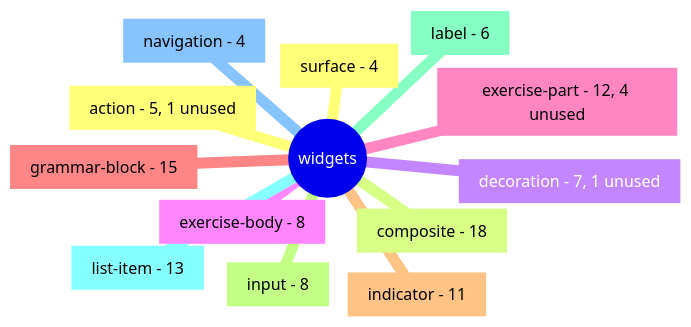
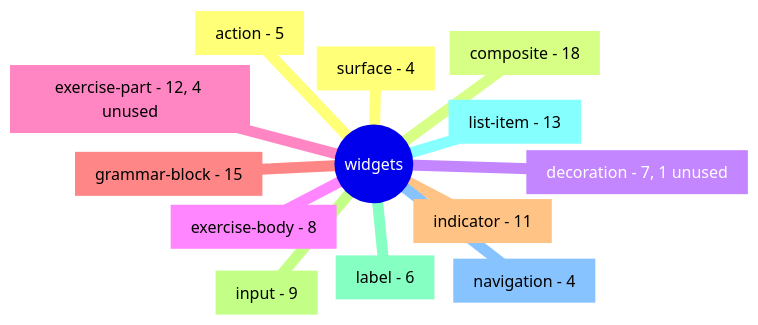
The diagram in docs/08_widget_inventory.md (mirai-toto/manabi-do), drawn with Mermaid before and after one commit. The commit also changed other lines of this file and 10 other files, not shown here.

````diff
--- a/docs/08_widget_inventory.md
+++ b/docs/08_widget_inventory.md
@@ -11,16 +11,16 @@
 ```mermaid
 mindmap
   root((widgets))
-    action[action - 5, 1 unused]
+    action[action - 5]
     composite[composite - 18]
     decoration[decoration - 7, 1 unused]
     exercise_body[exercise-body - 8]
     exercise_part[exercise-part - 12, 4 unused]
     grammar_block[grammar-block - 15]
     indicator[indicator - 11]
-    input[input - 8]
+    input[input - 9]
     label[label - 6]
     list_item[list-item - 13]
     navigation[navigation - 4]
     surface[surface - 4]
 ```
````
